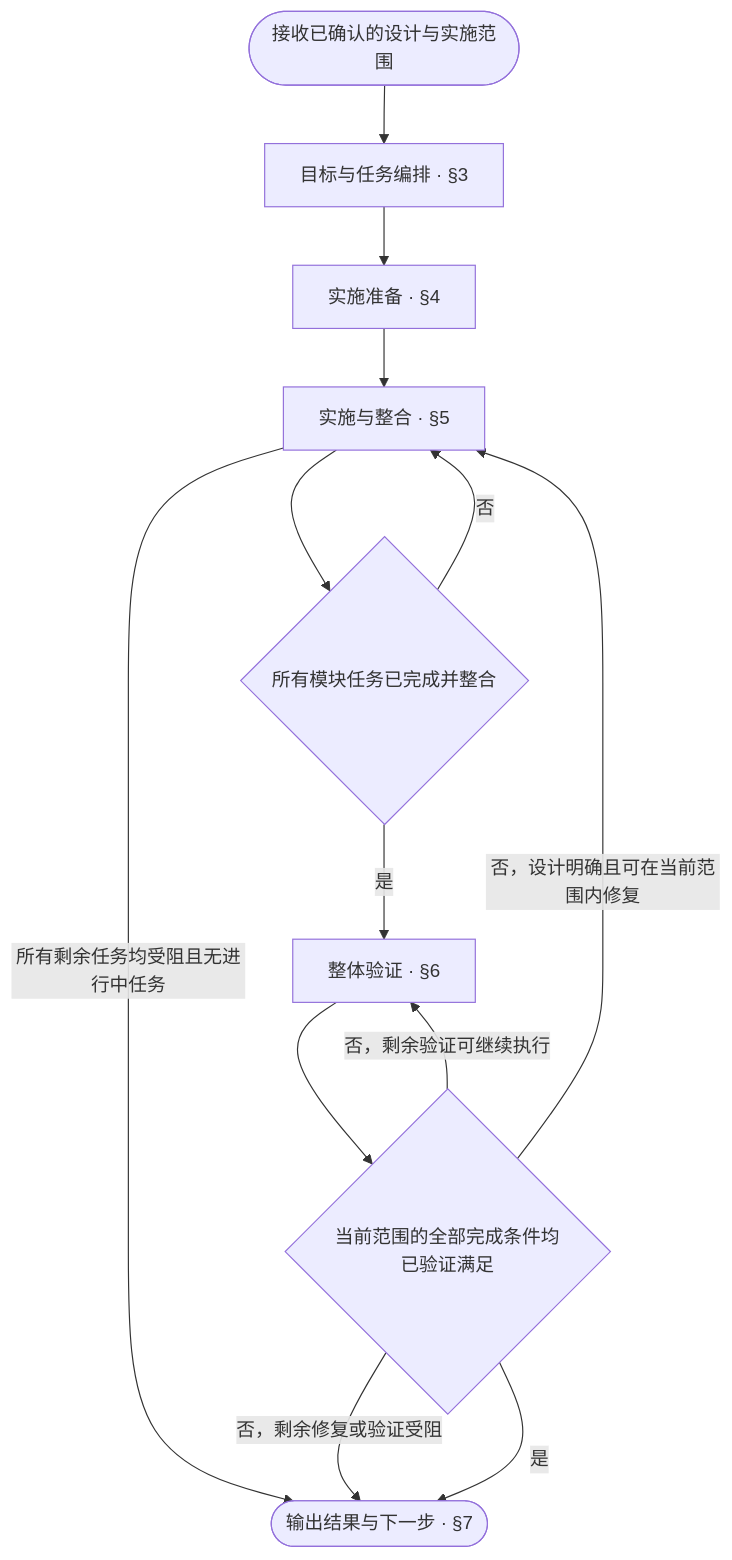
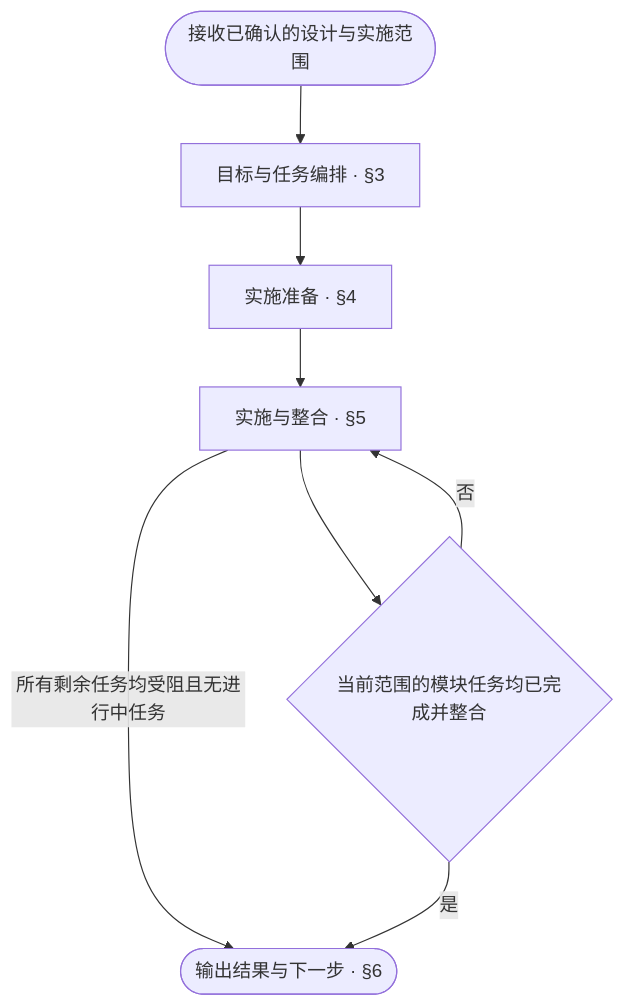
One commit to ruozi/anyone-can-architect changed the diagram in zh-CN/dist/cursor/aca-implement/SKILL.md. Above: the diagram before and after it, drawn with Mermaid. The commit also changed other lines of this file and 116 other files, not shown here.

````diff
--- a/zh-CN/dist/cursor/aca-implement/SKILL.md
+++ b/zh-CN/dist/cursor/aca-implement/SKILL.md
@@ -39,15 +37,10 @@
 ```mermaid
 flowchart TD
     Start([接收已确认的设计与实施范围]) --> Plan["目标与任务编排 · §3"]
     Plan --> Prepare["实施准备 · §4"]
     Prepare --> Implement["实施与整合 · §5"]
     Implement -- 所有剩余任务均受阻且无进行中任务 --> Report
-    Implement --> Modules{所有模块任务已完成并整合}
+    Implement --> Modules{当前范围的模块任务均已完成并整合}
     Modules -- 否 --> Implement
-    Modules -- 是 --> Verify["整体验证 · §6"]
-    Verify --> Complete{当前范围的全部完成条件均已验证满足}
-    Complete -- 否，设计明确且可在当前范围内修复 --> Implement
-    Complete -- 否，剩余验证可继续执行 --> Verify
-    Complete -- 否，剩余修复或验证受阻 --> Report
-    Complete -- 是 --> Report(["输出结果与下一步 · §7"])
+    Modules -- 是 --> Report(["输出结果与下一步 · §6"])
 ```
````
